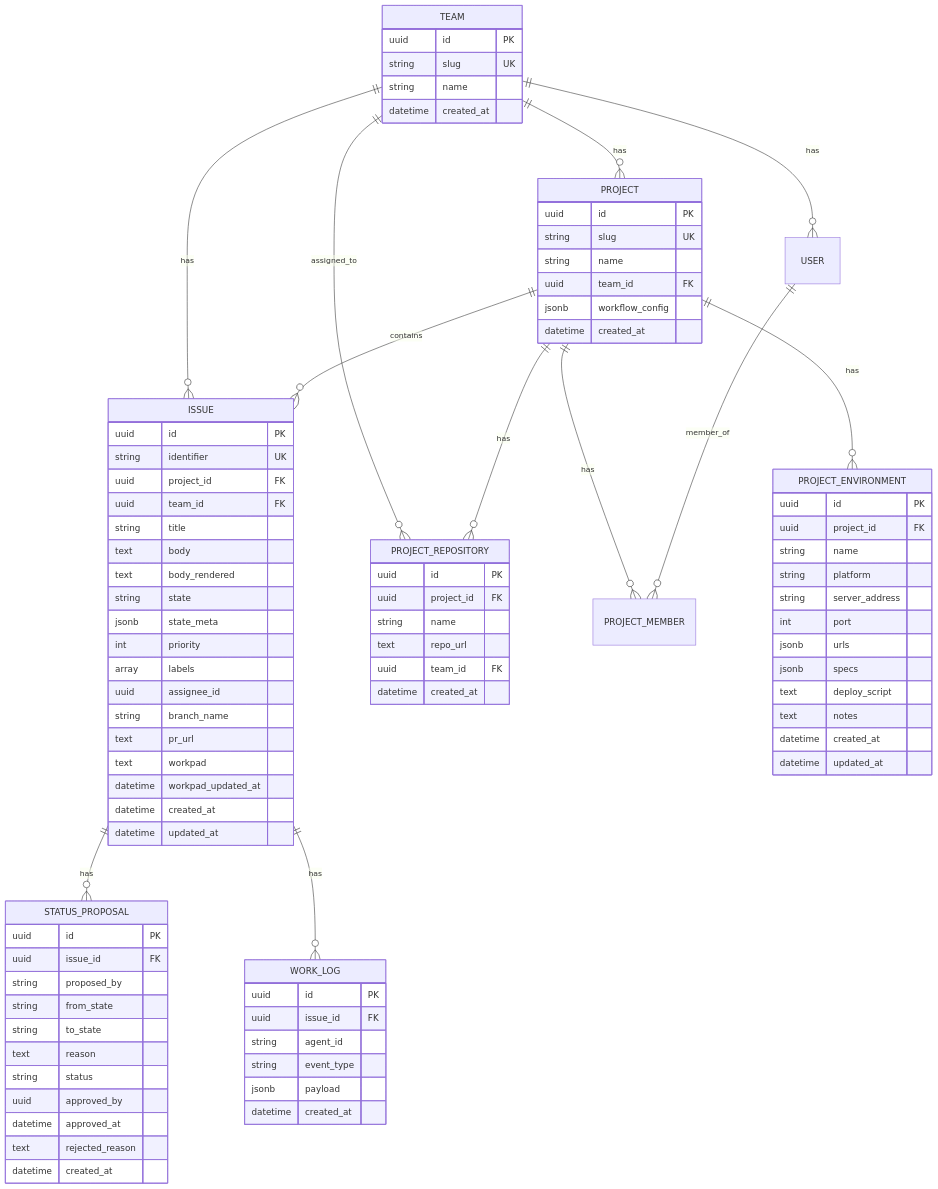
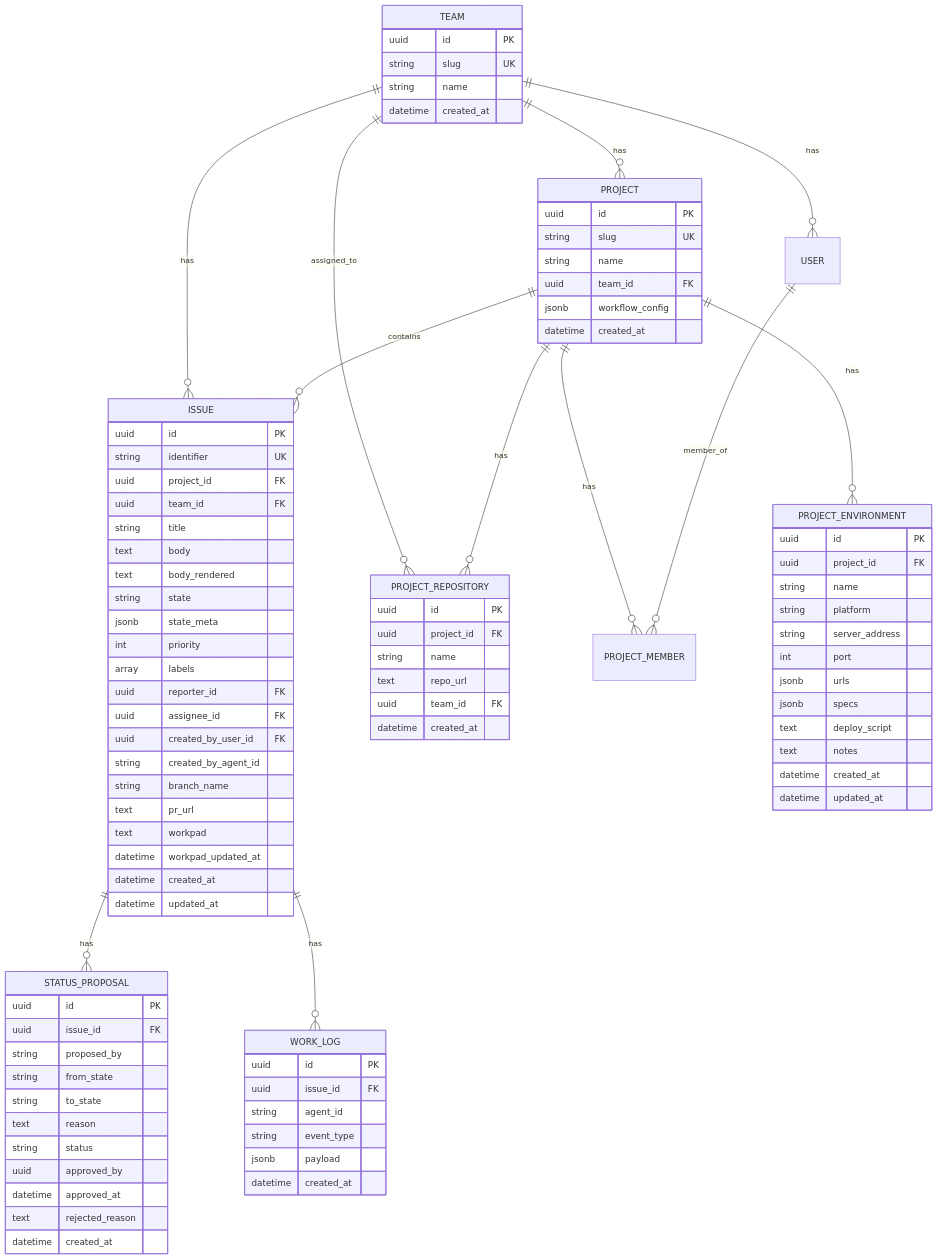
The second of 12 diagrams in docs/ARCHITECTURE.md (Hsooooo/symphony-lite), drawn with Mermaid before and after one commit. The commit also changed 3 other files, not shown here.

Commit message:
fix: expose created_by_agent_id in issue response; show agent badge in issue list

```diff
--- a/docs/ARCHITECTURE.md
+++ b/docs/ARCHITECTURE.md
@@ -142,7 +142,10 @@
         jsonb state_meta
         int priority
         array labels
-        uuid assignee_id
+        uuid reporter_id FK
+        uuid assignee_id FK
+        uuid created_by_user_id FK
+        string created_by_agent_id
         string branch_name
         text pr_url
         text workpad
```
